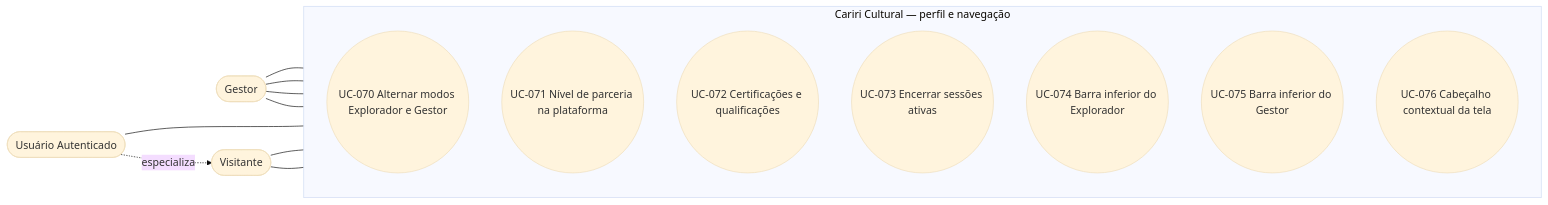
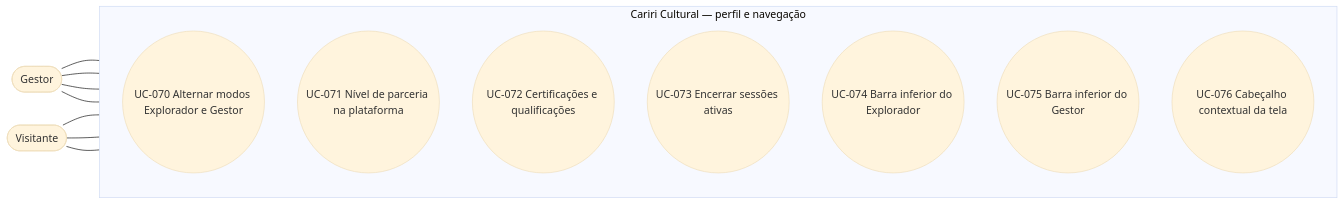
One commit to alan-mendes-ufca/CaririCultural changed diagram 13 of 13 in home/user-cases/use-cases-diagram.md. Above: the diagram before and after it, drawn with Mermaid (base theme). The commit also changed other lines of this file, not shown here.

Commit message:
docs: refactor `use cases diagrams`

````diff
--- a/home/user-cases/use-cases-diagram.md
+++ b/home/user-cases/use-cases-diagram.md
@@ -478,24 +455,21 @@
 ```mermaid
 flowchart LR
     %% Atores
     V([Visitante])
-    U([Usuário Autenticado])
     G([Gestor])
 
     subgraph CC [Cariri Cultural — perfil e navegação]
         direction TB
         UC070((UC-070 Alternar modos Explorador e Gestor))
         UC071((UC-071 Nível de parceria na plataforma))
         UC072((UC-072 Certificações e qualificações))
         UC073((UC-073 Encerrar sessões ativas))
         UC074((UC-074 Barra inferior do Explorador))
         UC075((UC-075 Barra inferior do Gestor))
         UC076((UC-076 Cabeçalho contextual da tela))
     end
 
     %% Relações Ator -> Caso de Uso
     G --- UC070 & UC071 & UC072 & UC075
-    U --- UC073
-    V --- UC074 & UC076
-    U -.->|especializa| V
+    V --- UC073 & UC074 & UC076
 ```
````
